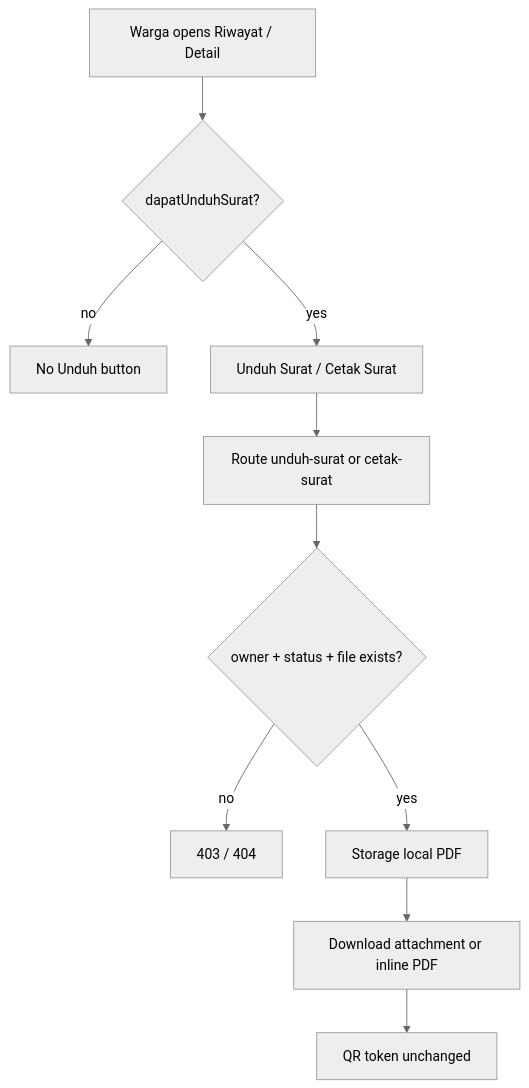
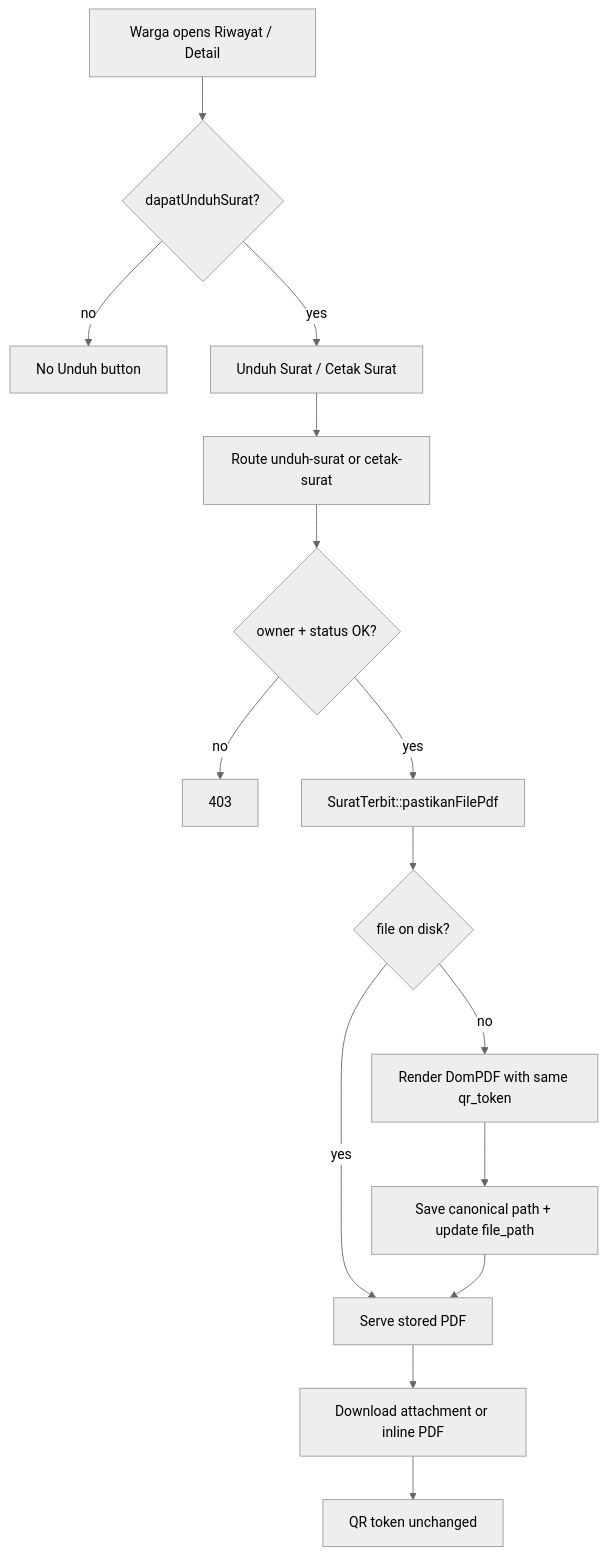
The first of 2 diagrams in docs/dev-docs/features/unduh-surat-warga.md (ZulfikarHD/sistem-desa), drawn with Mermaid (neutral theme) before and after one commit. The commit also changed other lines of this file and 26 other files, not shown here.

First line of the commit message:
fix(surat): perbaiki 404 unduh/cetak saat file PDF hilang

````diff
--- a/docs/dev-docs/features/unduh-surat-warga.md
+++ b/docs/dev-docs/features/unduh-surat-warga.md
@@ -9,12 +9,17 @@
 ```mermaid
 flowchart TD
     A[Warga opens Riwayat / Detail] --> B{dapatUnduhSurat?}
     B -->|no| C[No Unduh button]
     B -->|yes| D[Unduh Surat / Cetak Surat]
     D --> E[Route unduh-surat or cetak-surat]
-    E --> F{owner + status + file exists?}
-    F -->|no| G[403 / 404]
-    F -->|yes| H[Storage local PDF]
-    H --> I[Download attachment or inline PDF]
-    I --> J[QR token unchanged]
+    E --> F{owner + status OK?}
+    F -->|no| G[403]
+    F -->|yes| H[SuratTerbit::pastikanFilePdf]
+    H --> I{file on disk?}
+    I -->|yes| J[Serve stored PDF]
+    I -->|no| K[Render DomPDF with same qr_token]
+    K --> L[Save canonical path + update file_path]
+    L --> J
+    J --> M[Download attachment or inline PDF]
+    M --> N[QR token unchanged]
 ```
````
